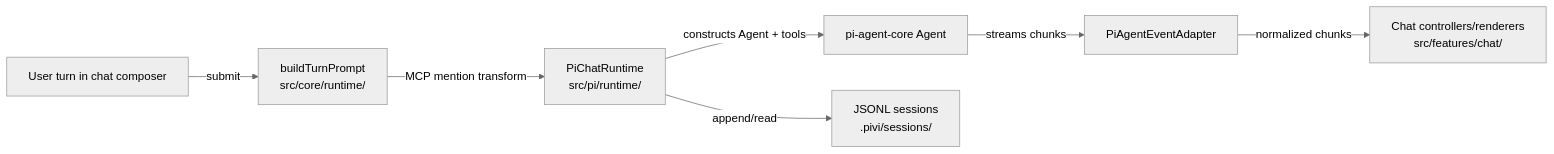
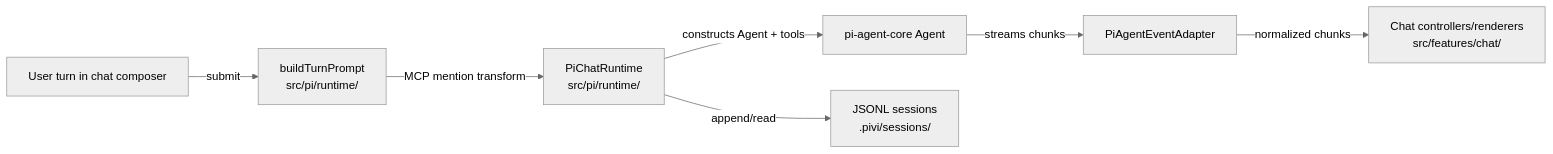
The second of 2 diagrams in AGENTS.md (shuuul/obsidian-pivi), drawn with Mermaid (neutral theme) before and after one commit. The commit also changed other lines of this file and 348 other files, not shown here.

````diff
--- a/AGENTS.md
+++ b/AGENTS.md
@@ -97,9 +95,9 @@
 ```mermaid
 flowchart LR
-  User["User turn in chat composer"] -- "submit" --> Turn["buildTurnPrompt<br/>src/core/runtime/"]
+  User["User turn in chat composer"] -- "submit" --> Turn["buildTurnPrompt<br/>src/pi/runtime/"]
   Turn -- "MCP mention transform" --> Runtime["PiChatRuntime<br/>src/pi/runtime/"]
   Runtime -- "constructs Agent + tools" --> Agent["pi-agent-core Agent"]
   Agent -- "streams chunks" --> Adapter["PiAgentEventAdapter"]
   Adapter -- "normalized chunks" --> UI["Chat controllers/renderers<br/>src/features/chat/"]
   Runtime -- "append/read" --> Session["JSONL sessions<br/>.pivi/sessions/"]
 ```
````
